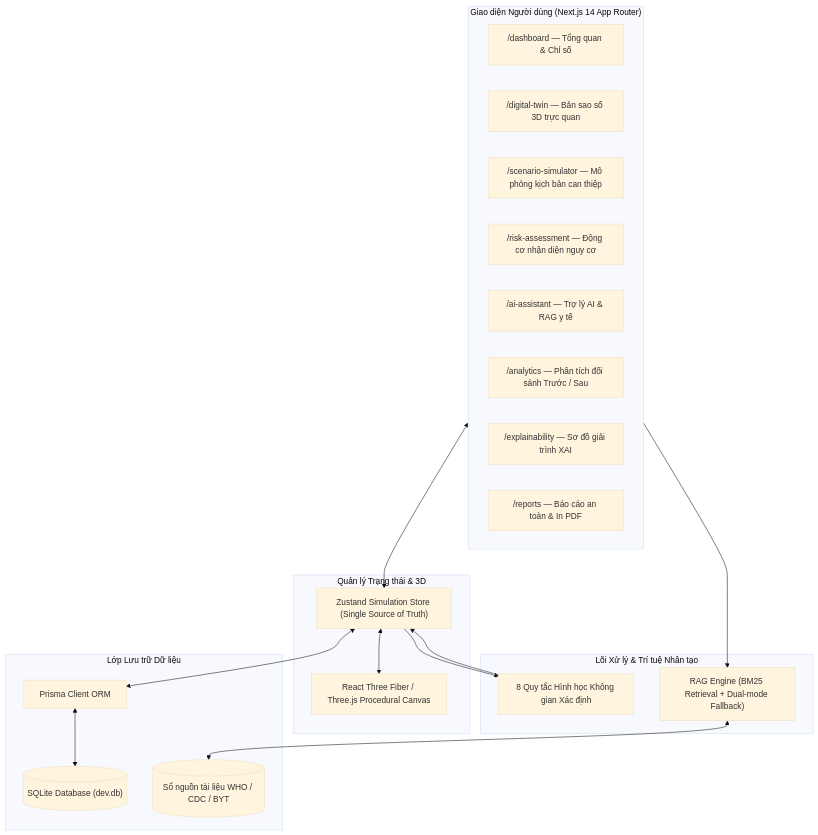
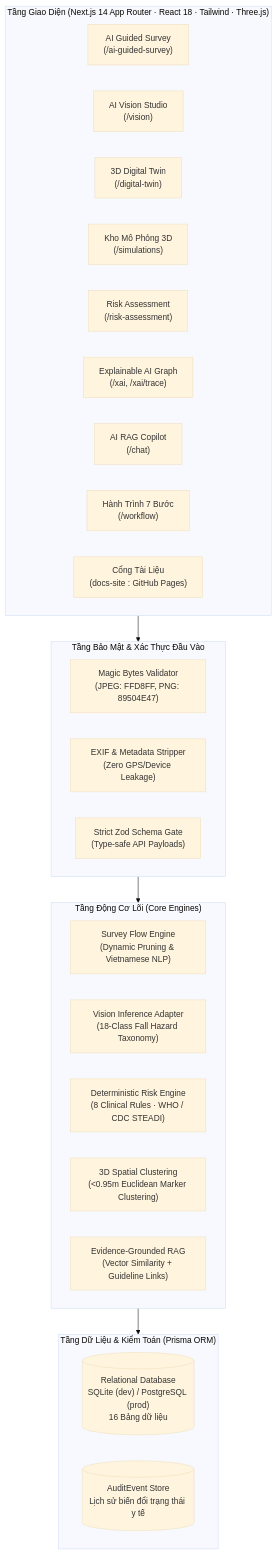
One commit to NguyenTriBaoThang/SafeHome3DAI changed the diagram in README.md. Above: the diagram before and after it, drawn with Mermaid (base theme). The commit also changed other lines of this file and 39 other files, not shown here.

````diff
--- a/README.md
+++ b/README.md
@@ -31,38 +141,37 @@
 ```mermaid
-flowchart TD
-    subgraph Client["Giao diện Người dùng (Next.js 14 App Router)"]
-        Dashboard["/dashboard — Tổng quan & Chỉ số"]
-        DigitalTwin["/digital-twin — Bản sao số 3D trực quan"]
-        Simulator["/scenario-simulator — Mô phỏng kịch bản can thiệp"]
-        RiskEngine["/risk-assessment — Động cơ nhận diện nguy cơ"]
-        Assistant["/ai-assistant — Trợ lý AI & RAG y tế"]
-        Analytics["/analytics — Phân tích đối sánh Trước / Sau"]
-        Explainability["/explainability — Sơ đồ giải trình XAI"]
-        Reports["/reports — Báo cáo an toàn & In PDF"]
+flowchart TB
+    subgraph Client["Tầng Giao Diện (Next.js 14 App Router · React 18 · Tailwind · Three.js)"]
+        UI_Survey["AI Guided Survey\n(/ai-guided-survey)"]
+        UI_Vision["AI Vision Studio\n(/vision)"]
+        UI_3D["3D Digital Twin\n(/digital-twin)"]
+        UI_Sim["Kho Mô Phỏng 3D\n(/simulations)"]
+        UI_Risk["Risk Assessment\n(/risk-assessment)"]
+        UI_XAI["Explainable AI Graph\n(/xai, /xai/trace)"]
+        UI_RAG["AI RAG Copilot\n(/chat)"]
+        UI_Workflow["Hành Trình 7 Bước\n(/workflow)"]
+        UI_Docs["Cổng Tài Liệu\n(docs-site : GitHub Pages)"]
     end
 
-    subgraph StateAnd3D["Quản lý Trạng thái & 3D"]
-        ZustandStore["Zustand Simulation Store (Single Source of Truth)"]
-        ThreeCanvas["React Three Fiber / Three.js Procedural Canvas"]
+    subgraph Security["Tầng Bảo Mật & Xác Thực Đầu Vào"]
+        MagicBytes["Magic Bytes Validator\n(JPEG: FFD8FF, PNG: 89504E47)"]
+        ExifStrip["EXIF & Metadata Stripper\n(Zero GPS/Device Leakage)"]
+        ZodGate["Strict Zod Schema Gate\n(Type-safe API Payloads)"]
     end
 
-    subgraph CoreLogic["Lõi Xử lý & Trí tuệ Nhân tạo"]
-        SpatialRules["8 Quy tắc Hình học Không gian Xác định"]
-        RAGPipeline["RAG Engine (BM25 Retrieval + Dual-mode Fallback)"]
+    subgraph CoreEngines["Tầng Động Cơ Lõi (Core Engines)"]
+        SurveyEngine["Survey Flow Engine\n(Dynamic Pruning & Vietnamese NLP)"]
+        VisionEngine["Vision Inference Adapter\n(18-Class Fall Hazard Taxonomy)"]
+        RiskEngine["Deterministic Risk Engine\n(8 Clinical Rules · WHO / CDC STEADI)"]
+        TwinClustering["3D Spatial Clustering\n(<0.95m Euclidean Marker Clustering)"]
+        RAGEngine["Evidence-Grounded RAG\n(Vector Similarity + Guideline Links)"]
     end
 
-    subgraph Persistence["Lớp Lưu trữ Dữ liệu"]
-        PrismaORM["Prisma Client ORM"]
-        SQLiteDB[("SQLite Database (dev.db)")]
-        SourceRegistry[("Sổ nguồn tài liệu WHO / CDC / BYT")]
+    subgraph Persistence["Tầng Dữ Liệu & Kiểm Toán (Prisma ORM)"]
+        DB[("Relational Database\nSQLite (dev) / PostgreSQL (prod)\n16 Bảng dữ liệu")]
+        AuditLog[("AuditEvent Store\nLịch sử biến đổi trạng thái y tế")]
     end
 
-    Client <--> ZustandStore
-    ZustandStore <--> ThreeCanvas
-    ZustandStore --> SpatialRules
-    SpatialRules --> ZustandStore
-    Client --> RAGPipeline
-    RAGPipeline <--> SourceRegistry
-    ZustandStore <--> PrismaORM
-    PrismaORM <--> SQLiteDB
+    Client --> Security
+    Security --> CoreEngines
+    CoreEngines --> Persistence
 ```
````
